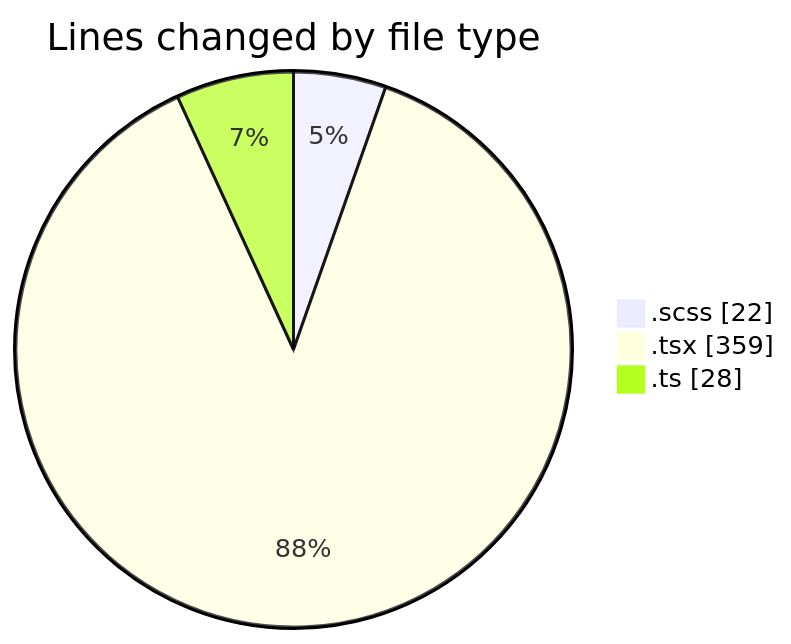
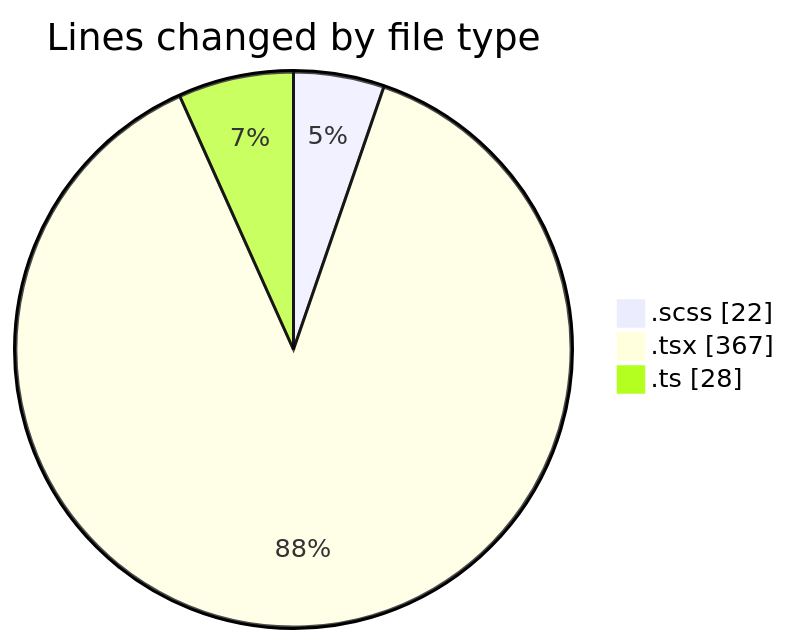
Before and after one commit to momahboobian/code-tracking: the first of 2 diagrams in 2025-02-10/cda/README.md, drawn with Mermaid. The commit also changed other lines of this file and 1 other file, not shown here.

````diff
--- a/2025-02-10/cda/README.md
+++ b/2025-02-10/cda/README.md
@@ -24,7 +24,7 @@
 ```mermaid
 pie showData
 title Lines changed by file type
 ".scss" : 22
-".tsx" : 359
+".tsx" : 367
 ".ts" : 28
 ```
````
